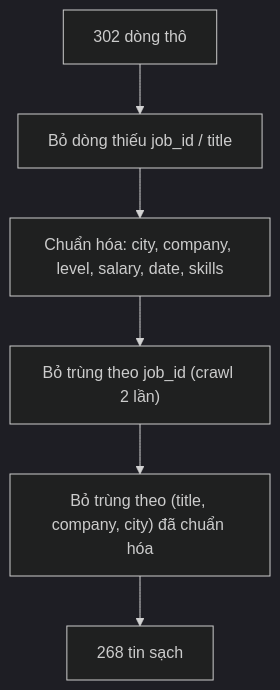
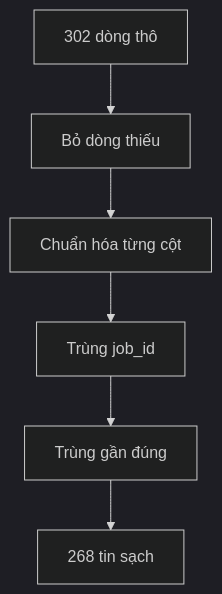
One commit to ht-nah98/ai-academy changed the second of 4 diagrams in academy/curriculum/L07-du-lieu-ban-pandas/lesson.md. Above: the diagram before and after it, drawn with Mermaid (dark theme). The commit also changed other lines of this file and 54 other files, not shown here.

````diff
--- a/academy/curriculum/L07-du-lieu-ban-pandas/lesson.md
+++ b/academy/curriculum/L07-du-lieu-ban-pandas/lesson.md
@@ -91,8 +91,8 @@
 ```mermaid
 flowchart TD
-    A["302 dòng thô"] --> B["Bỏ dòng thiếu job_id / title"]
-    B --> C["Chuẩn hóa: city, company, level, salary, date, skills"]
-    C --> D["Bỏ trùng theo job_id (crawl 2 lần)"]
-    D --> E["Bỏ trùng theo (title, company, city) đã chuẩn hóa"]
+    A["302 dòng thô"] --> B["Bỏ dòng thiếu"]
+    B --> C["Chuẩn hóa từng cột"]
+    C --> D["Trùng job_id"]
+    D --> E["Trùng gần đúng"]
     E --> F["268 tin sạch"]
 ```
````
